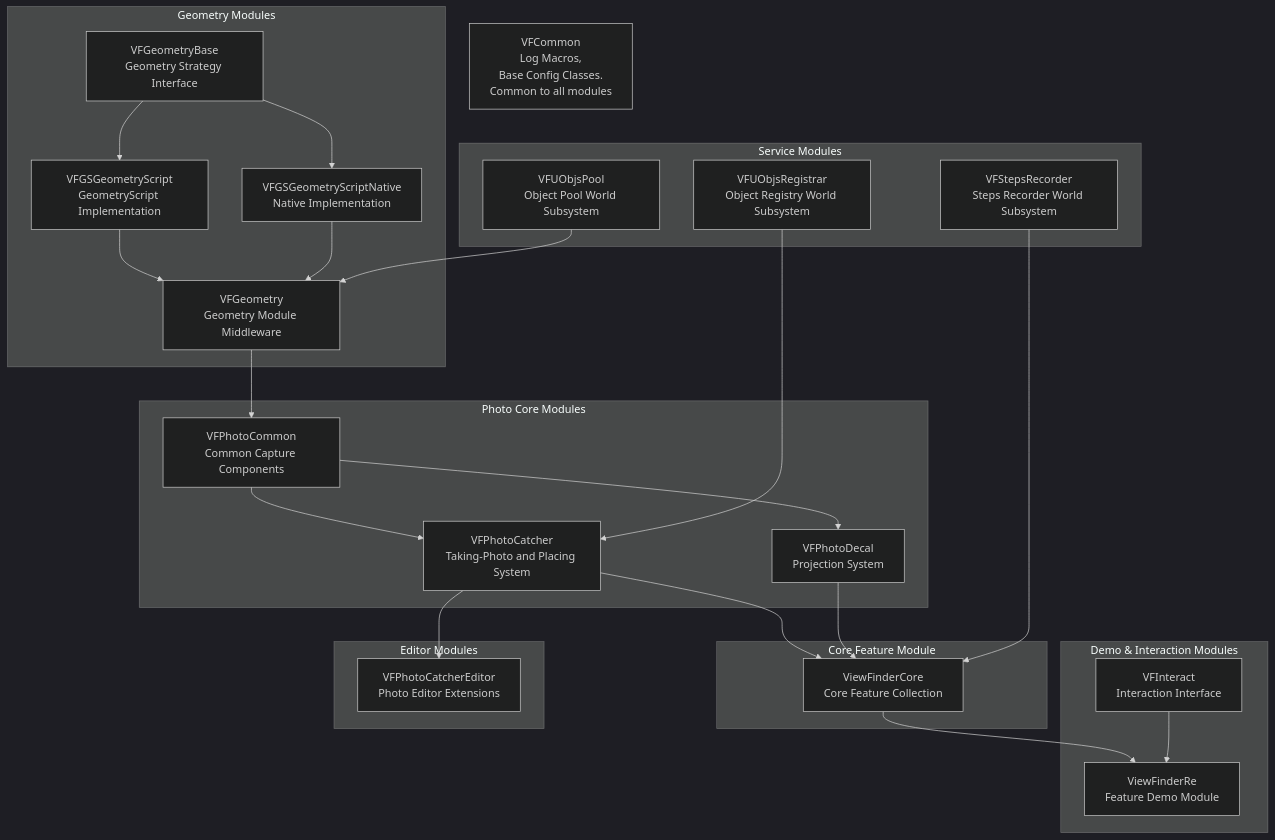
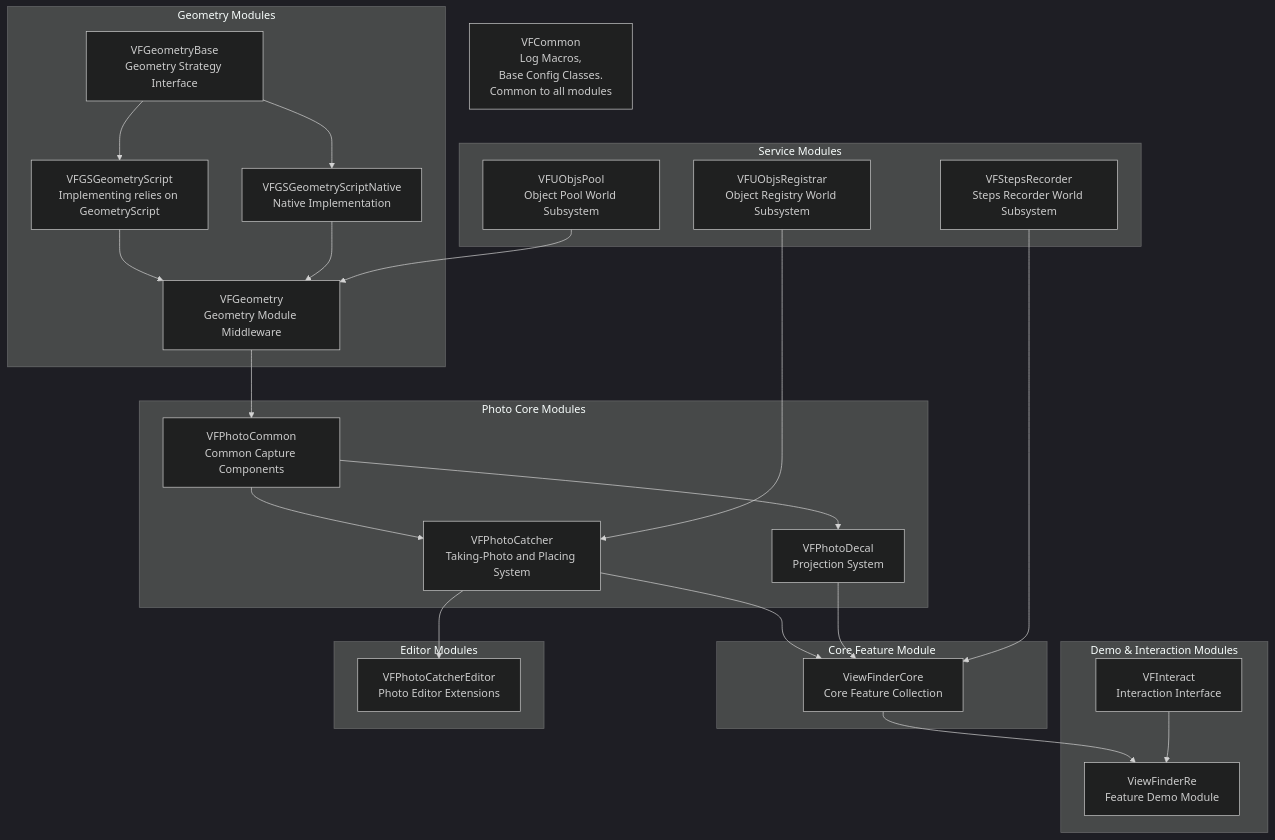
The first of 9 diagrams in README.md (StrangeDS/ViewFinderRe), drawn with Mermaid (dark theme) before and after one commit. The commit also changed other lines of this file and 1 other file, not shown here.

````diff
--- a/README.md
+++ b/README.md
@@ -899,74 +901,74 @@
 ```mermaid
 graph TD
     %% Base Common Modules - Specifically marked
     VFCommon[VFCommon<br/>Log Macros, <br/>Base Config Classes. <br/>Common to all modules]
 
     %% Service/Utility Modules
     subgraph ServiceModules [Service Modules]
         VFUObjsPool[VFUObjsPool<br/>Object Pool World Subsystem]
         VFUObjsRegistrar[VFUObjsRegistrar<br/>Object Registry World Subsystem]
         VFStepsRecorder[VFStepsRecorder<br/>Steps Recorder World Subsystem]
     end
 
     %% Geometry Processing Modules
     subgraph GeometryModules [Geometry Modules]
         VFGeometryBase[VFGeometryBase<br/>Geometry Strategy Interface]
 
-        VFGSGeometryScript[VFGSGeometryScript<br/>GeometryScript Implementation]
+        VFGSGeometryScript[VFGSGeometryScript<br/>Implementing relies on GeometryScript]
         VFGSGeometryScriptNative[VFGSGeometryScriptNative<br/>Native Implementation]
 
         VFGeometry[VFGeometry<br/>Geometry Module Middleware]
     end
 
     %% Photo Core Modules
     subgraph PhotoCoreModules [Photo Core Modules]
         VFPhotoCommon[VFPhotoCommon<br/>Common Capture Components]
         VFPhotoCatcher[VFPhotoCatcher<br/>Taking-Photo and Placing System]
         VFPhotoDecal[VFPhotoDecal<br/>Projection System]
     end
 
     %% Core Feature Module
     subgraph CoreModules [Core Feature Module]
         ViewFinderCore[ViewFinderCore<br/>Core Feature Collection]
     end
 
     %% Demo and Interaction Modules
     subgraph DemoModules [Demo & Interaction Modules]
         VFInteract[VFInteract<br/>Interaction Interface]
         ViewFinderRe[ViewFinderRe<br/>Feature Demo Module]
     end
 
     %% Editor Module
     subgraph EditorModules [Editor Modules]
         VFPhotoCatcherEditor[VFPhotoCatcherEditor<br/>Photo Editor Extensions]
     end
 
     %% Dependency Definitions
     %% Geometry Module Dependencies
     VFGeometryBase --> VFGSGeometryScript
     VFGeometryBase --> VFGSGeometryScriptNative
 
     VFGSGeometryScript --> VFGeometry
     VFGSGeometryScriptNative --> VFGeometry
     VFUObjsPool --> VFGeometry
 
     %% Photo Module Dependencies
     VFGeometry --> VFPhotoCommon
 
     VFPhotoCommon --> VFPhotoCatcher
     VFUObjsRegistrar --> VFPhotoCatcher
 
     VFPhotoCommon --> VFPhotoDecal
 
     %% Core Feature Integration
     VFPhotoCatcher --> ViewFinderCore
     VFPhotoDecal --> ViewFinderCore
     VFStepsRecorder --> ViewFinderCore
 
     %% Editor Extensions
     VFPhotoCatcher --> VFPhotoCatcherEditor
 
     %% Demo Module Dependencies
     ViewFinderCore --> ViewFinderRe
     VFInteract --> ViewFinderRe
 ```
````
